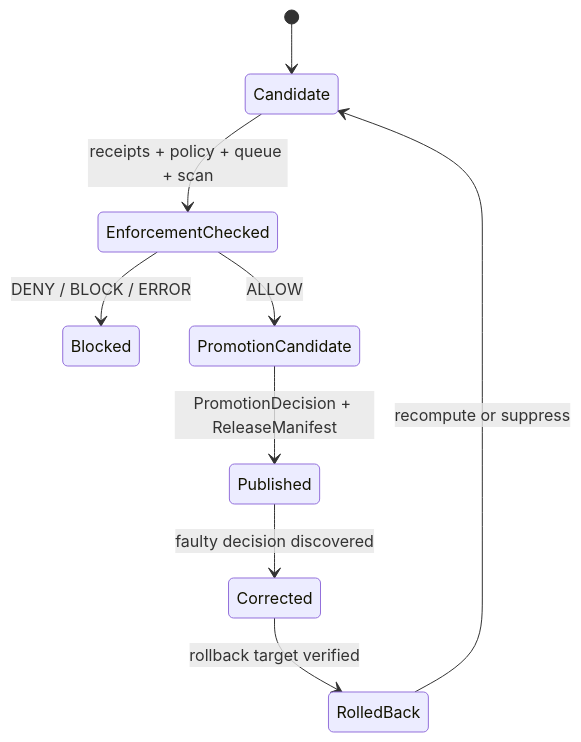
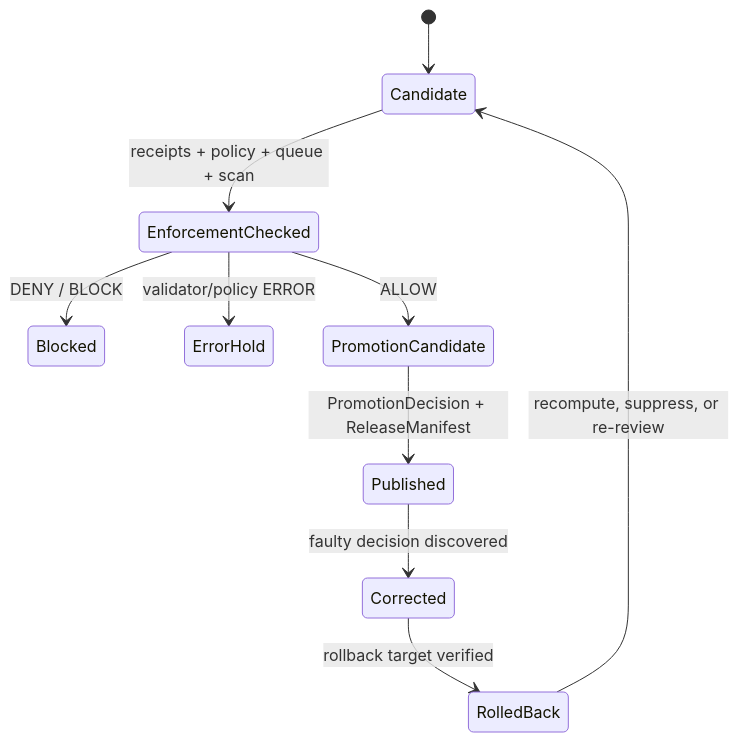
One commit to bartytime4life/Kansas-Frontier-Matrix changed the third of 3 diagrams in docs/control-plane/obligation-execution.md. Above: the diagram before and after it, drawn with Mermaid. The commit also changed other lines of this file, not shown here.

````diff
--- a/docs/control-plane/obligation-execution.md
+++ b/docs/control-plane/obligation-execution.md
@@ -289,11 +490,12 @@
 ```mermaid
 stateDiagram-v2
   [*] --> Candidate
   Candidate --> EnforcementChecked: receipts + policy + queue + scan
-  EnforcementChecked --> Blocked: DENY / BLOCK / ERROR
+  EnforcementChecked --> Blocked: DENY / BLOCK
+  EnforcementChecked --> ErrorHold: validator/policy ERROR
   EnforcementChecked --> PromotionCandidate: ALLOW
   PromotionCandidate --> Published: PromotionDecision + ReleaseManifest
   Published --> Corrected: faulty decision discovered
   Corrected --> RolledBack: rollback target verified
-  RolledBack --> Candidate: recompute or suppress
+  RolledBack --> Candidate: recompute, suppress, or re-review
 ```
````
